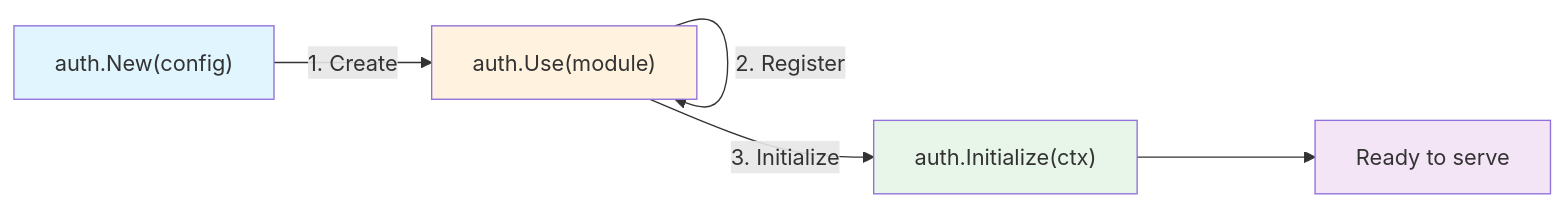
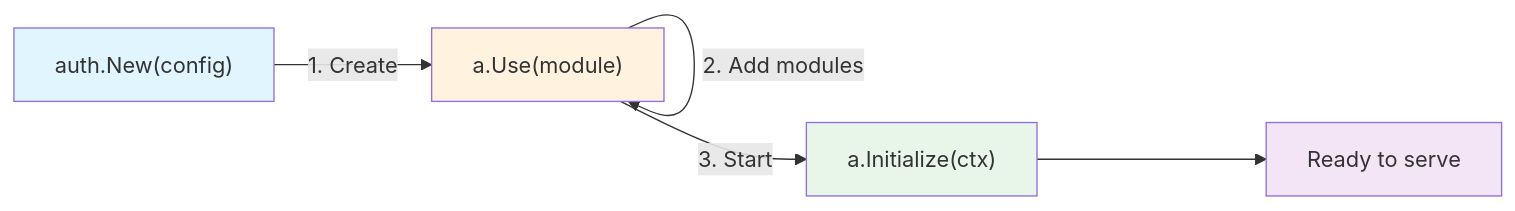
The diagram in docs/docs/intro.md (bete7512/goauth), drawn with Mermaid before and after one commit. The commit also changed other lines of this file and 16 other files, not shown here.

````diff
--- a/docs/docs/intro.md
+++ b/docs/docs/intro.md
@@ -16,11 +28,11 @@
 ```mermaid
 graph LR
-    A["auth.New(config)"] -->|1. Create| B["auth.Use(module)"]
-    B -->|2. Register| B
-    B -->|3. Initialize| C["auth.Initialize(ctx)"]
+    A["auth.New(config)"] -->|1. Create| B["a.Use(module)"]
+    B -->|2. Add modules| B
+    B -->|3. Start| C["a.Initialize(ctx)"]
     C --> D["Ready to serve"]
     style A fill:#e1f5fe
     style B fill:#fff3e0
     style C fill:#e8f5e9
     style D fill:#f3e5f5
 ```
````
